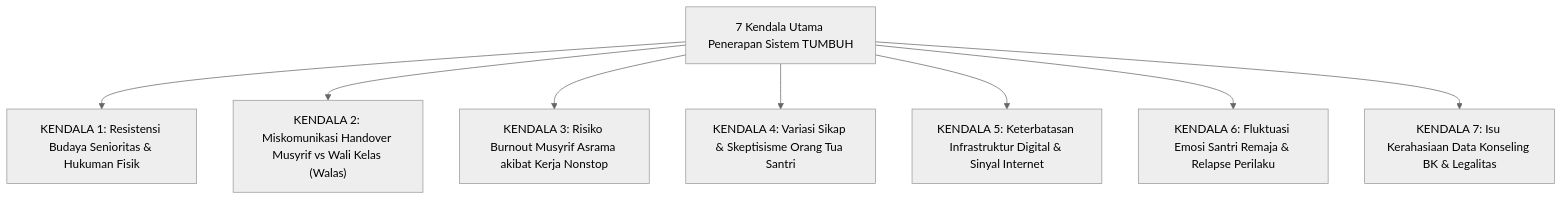
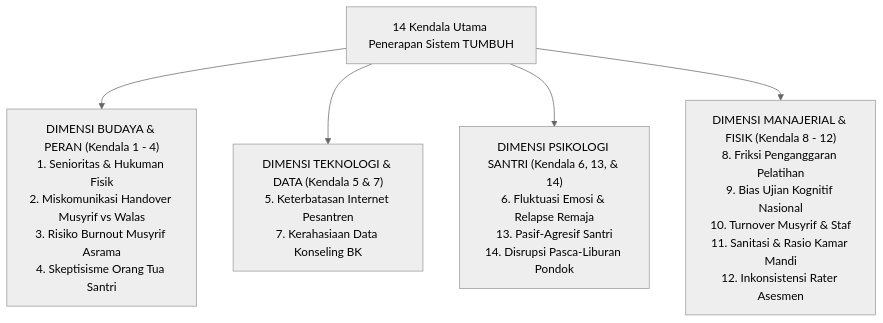
Before and after one commit to wandiapriliyandi/tumbuh: the diagram in KENDALA_DAN_MITIGASI/Analisis-Kendala-Penerapan-Sistem-TUMBUH-dan-Mitigasi.md, drawn with Mermaid (neutral theme). The commit also changed other lines of this file and 2 other files, not shown here.

````diff
--- a/KENDALA_DAN_MITIGASI/Analisis-Kendala-Penerapan-Sistem-TUMBUH-dan-Mitigasi.md
+++ b/KENDALA_DAN_MITIGASI/Analisis-Kendala-Penerapan-Sistem-TUMBUH-dan-Mitigasi.md
@@ -30,11 +30,8 @@
 ```mermaid
 graph TD
-    ObstacleList["7 Kendala Utama Penerapan Sistem TUMBUH"]
-    ObstacleList --> K1["KENDALA 1: Resistensi Budaya Senioritas & Hukuman Fisik"]
-    ObstacleList --> K2["KENDALA 2: Miskomunikasi Handover Musyrif vs Wali Kelas (Walas)"]
-    ObstacleList --> K3["KENDALA 3: Risiko Burnout Musyrif Asrama akibat Kerja Nonstop"]
-    ObstacleList --> K4["KENDALA 4: Variasi Sikap & Skeptisisme Orang Tua Santri"]
-    ObstacleList --> K5["KENDALA 5: Keterbatasan Infrastruktur Digital & Sinyal Internet"]
-    ObstacleList --> K6["KENDALA 6: Fluktuasi Emosi Santri Remaja & Relapse Perilaku"]
-    ObstacleList --> K7["KENDALA 7: Isu Kerahasiaan Data Konseling BK & Legalitas"]
+    ObstacleList["14 Kendala Utama Penerapan Sistem TUMBUH"]
+    ObstacleList --> DimensiBudaya["DIMENSI BUDAYA & PERAN (Kendala 1 - 4)<br/>1. Senioritas & Hukuman Fisik<br/>2. Miskomunikasi Handover Musyrif vs Walas<br/>3. Risiko Burnout Musyrif Asrama<br/>4. Skeptisisme Orang Tua Santri"]
+    ObstacleList --> DimensiTekno["DIMENSI TEKNOLOGI & DATA (Kendala 5 & 7)<br/>5. Keterbatasan Internet Pesantren<br/>7. Kerahasiaan Data Konseling BK"]
+    ObstacleList --> DimensiSantri["DIMENSI PSIKOLOGI SANTRI (Kendala 6, 13, & 14)<br/>6. Fluktuasi Emosi & Relapse Remaja<br/>13. Pasif-Agresif Santri<br/>14. Disrupsi Pasca-Liburan Pondok"]
+    ObstacleList --> DimensiManajerial["DIMENSI MANAJERIAL & FISIK (Kendala 8 - 12)<br/>8. Friksi Penganggaran Pelatihan<br/>9. Bias Ujian Kognitif Nasional<br/>10. Turnover Musyrif & Staf<br/>11. Sanitasi & Rasio Kamar Mandi<br/>12. Inkonsistensi Rater Asesmen"]
 ```
````
